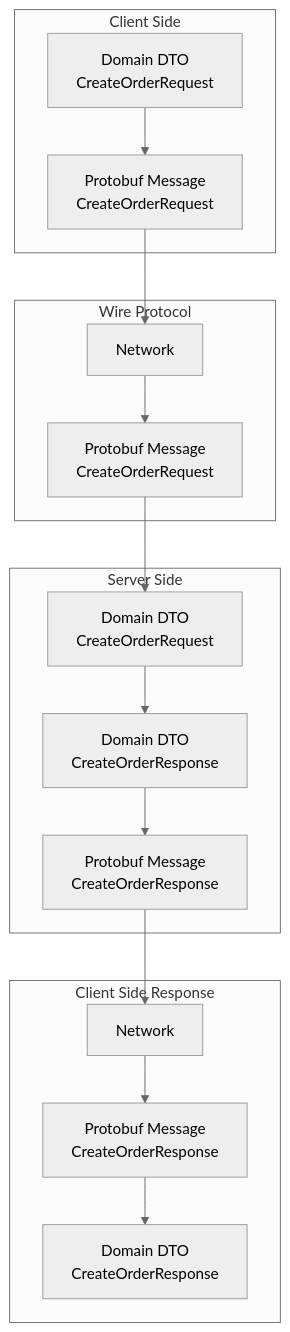
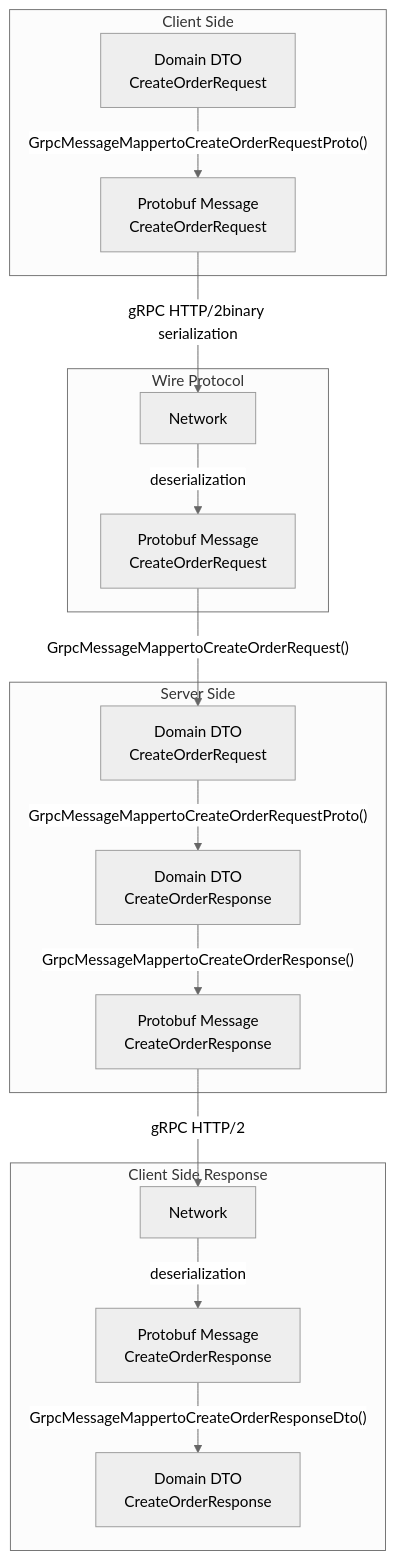
One commit to philipz/spring-modular-monolith changed the fifth of 11 diagrams in docs/deepwiki/gRPC-Infrastructure.md. Above: the diagram before and after it, drawn with Mermaid (neutral theme). The commit also changed other lines of this file and 55 other files, not shown here.

````diff
--- a/docs/deepwiki/gRPC-Infrastructure.md
+++ b/docs/deepwiki/gRPC-Infrastructure.md
@@ -306,46 +306,46 @@
 ```mermaid
 flowchart TD
 
 ClientDTO["Domain DTO<br>CreateOrderRequest"]
 ProtoRequest["Protobuf Message<br>CreateOrderRequest"]
 Wire["Network"]
 ProtoRequestServer["Protobuf Message<br>CreateOrderRequest"]
 ServerDTO["Domain DTO<br>CreateOrderRequest"]
 ResponseDTO["Domain DTO<br>CreateOrderResponse"]
 ProtoResponse["Protobuf Message<br>CreateOrderResponse"]
 Wire2["Network"]
 ProtoResponseClient["Protobuf Message<br>CreateOrderResponse"]
 ClientResponseDTO["Domain DTO<br>CreateOrderResponse"]
 
-ProtoRequest --> Wire
-ProtoRequestServer --> ServerDTO
-ProtoResponse --> Wire2
+ProtoRequest -->|"gRPC HTTP/2binary serialization"| Wire
+ProtoRequestServer -->|"GrpcMessageMappertoCreateOrderRequest()"| ServerDTO
+ProtoResponse -->|"gRPC HTTP/2"| Wire2
 
 subgraph subGraph3 ["Client Side Response"]
     Wire2
     ProtoResponseClient
     ClientResponseDTO
-    Wire2 --> ProtoResponseClient
-    ProtoResponseClient --> ClientResponseDTO
+    Wire2 -->|"deserialization"| ProtoResponseClient
+    ProtoResponseClient -->|"GrpcMessageMappertoCreateOrderResponseDto()"| ClientResponseDTO
 end
 
 subgraph subGraph2 ["Server Side"]
     ServerDTO
     ResponseDTO
     ProtoResponse
-    ServerDTO --> ResponseDTO
-    ResponseDTO --> ProtoResponse
+    ServerDTO -->|"GrpcMessageMappertoCreateOrderRequestProto()"| ResponseDTO
+    ResponseDTO -->|"GrpcMessageMappertoCreateOrderResponse()"| ProtoResponse
 end
 
 subgraph subGraph1 ["Wire Protocol"]
     Wire
     ProtoRequestServer
-    Wire --> ProtoRequestServer
+    Wire -->|"deserialization"| ProtoRequestServer
 end
 
 subgraph subGraph0 ["Client Side"]
     ClientDTO
     ProtoRequest
-    ClientDTO --> ProtoRequest
+    ClientDTO -->|"GrpcMessageMappertoCreateOrderRequestProto()"| ProtoRequest
 end
 ```
````
